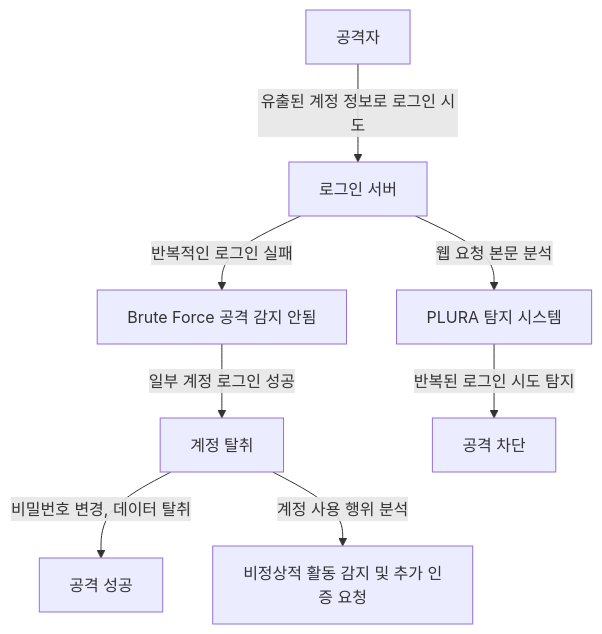
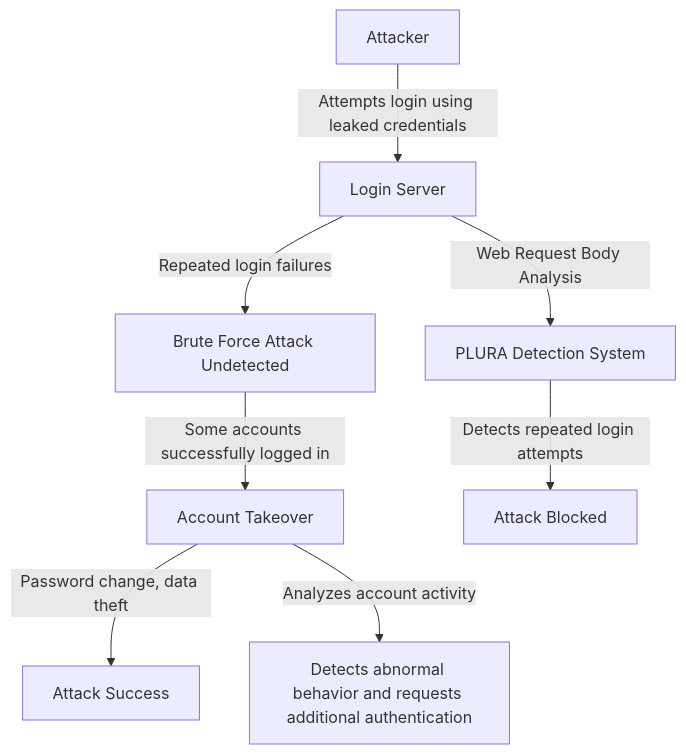
One commit to qubitsec/plura changed the diagram in benefits/en/zero-day/scenario-credential-stuffing.md. Above: the diagram before and after it, drawn with Mermaid. The commit also changed other lines of this file, not shown here.

````diff
--- a/benefits/en/zero-day/scenario-credential-stuffing.md
+++ b/benefits/en/zero-day/scenario-credential-stuffing.md
@@ -55,12 +55,12 @@
 ```mermaid
 graph TD
-    A[공격자] -->|유출된 계정 정보로 로그인 시도| B[로그인 서버]
-    B -->|반복적인 로그인 실패| C[Brute Force 공격 감지 안됨]
-    C -->|일부 계정 로그인 성공| D[계정 탈취]
-    D -->|비밀번호 변경, 데이터 탈취| E[공격 성공]
+    A[Attacker] -->|Attempts login using leaked credentials| B[Login Server]
+    B -->|Repeated login failures| C[Brute Force Attack Undetected]
+    C -->|Some accounts successfully logged in| D[Account Takeover]
+    D -->|Password change, data theft| E[Attack Success]
 
-    %% PLURA 탐지 및 대응
-    B -->|웹 요청 본문 분석| X[PLURA 탐지 시스템]
-    X -->|반복된 로그인 시도 탐지| Y[공격 차단]
-    D -->|계정 사용 행위 분석| Z[비정상적 활동 감지 및 추가 인증 요청]
+    %% PLURA Detection and Response
+    B -->|Web Request Body Analysis| X[PLURA Detection System]
+    X -->|Detects repeated login attempts| Y[Attack Blocked]
+    D -->|Analyzes account activity| Z[Detects abnormal behavior and requests additional authentication]
 ```
````
